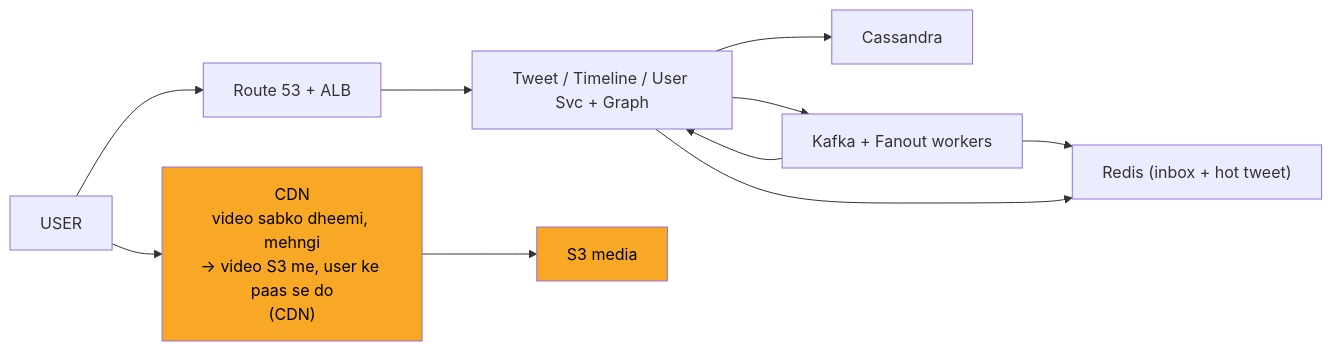
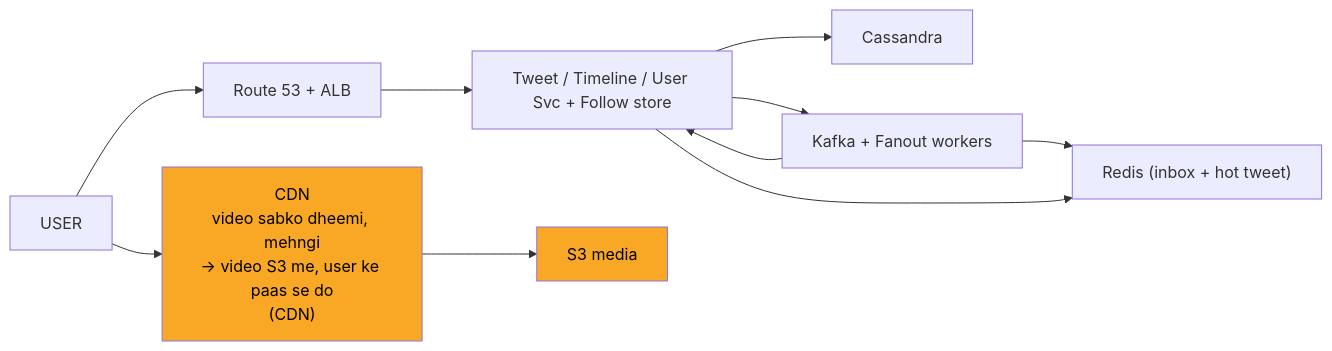
Diagram 11 of 12 in 04_HLD/SYSTEM_DESIGNS/03_twitter_feed/03_twitter_feed.md (ArpanMaheshwari144/Prep), drawn with Mermaid before and after one commit. The commit also changed other lines of this file and 12 other files, not shown here.

````diff
--- a/04_HLD/SYSTEM_DESIGNS/03_twitter_feed/03_twitter_feed.md
+++ b/04_HLD/SYSTEM_DESIGNS/03_twitter_feed/03_twitter_feed.md
@@ -457,22 +457,22 @@
 ```mermaid
 flowchart LR
     n_USER["USER"]
     n_EDGE["Route 53 + ALB"]
     n_CDN["CDN<br/>video sabko dheemi, mehngi<br/>-> video S3 me, user ke paas se do<br/>(CDN)"]
-    n_SVC["Tweet / Timeline / User Svc + Graph"]
+    n_SVC["Tweet / Timeline / User Svc + Follow store"]
     n_Cassandra["Cassandra"]
     n_FAN["Kafka + Fanout workers"]
     n_RI["Redis (inbox + hot tweet)"]
     n_S3["S3 media"]
     n_USER --> n_EDGE
     n_EDGE --> n_SVC
     n_SVC --> n_Cassandra
     n_SVC --> n_FAN
     n_FAN --> n_RI
     n_SVC --> n_RI
     n_FAN --> n_SVC
     n_USER --> n_CDN
     n_CDN --> n_S3
     style n_CDN fill:#f9a825,color:#000
     style n_S3 fill:#f9a825,color:#000
 ```
````
